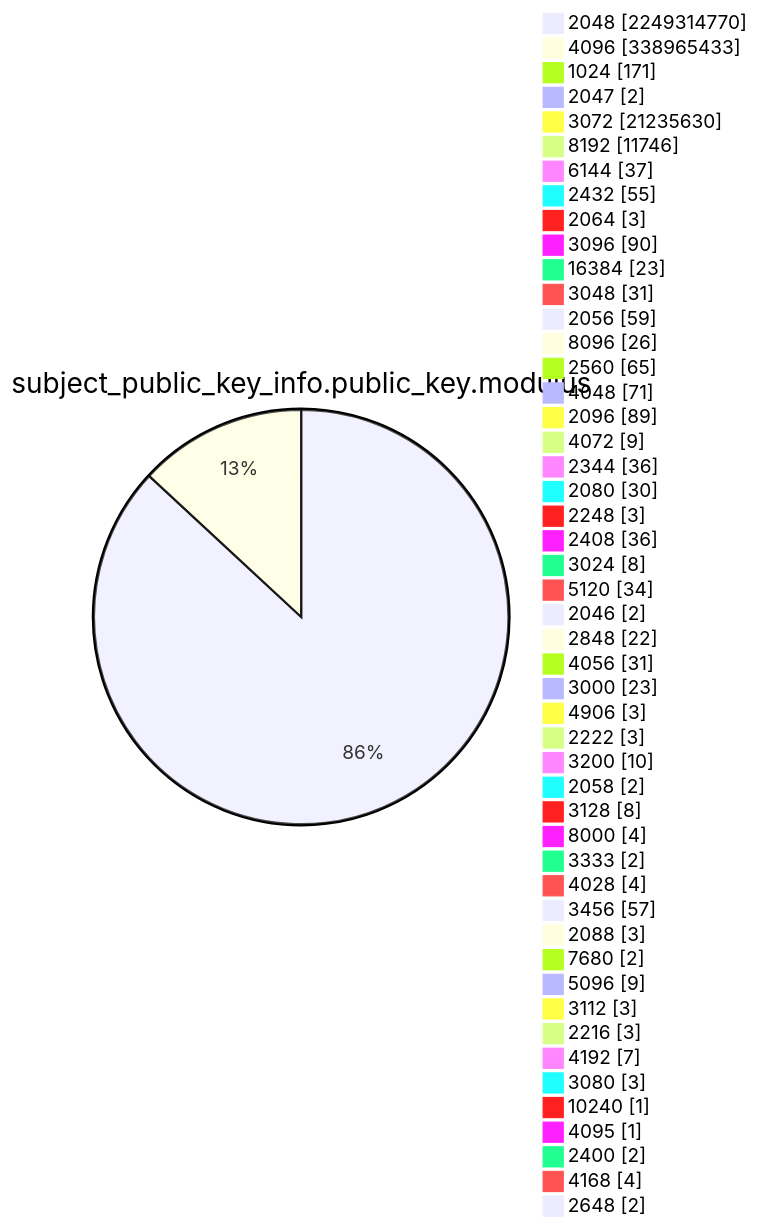
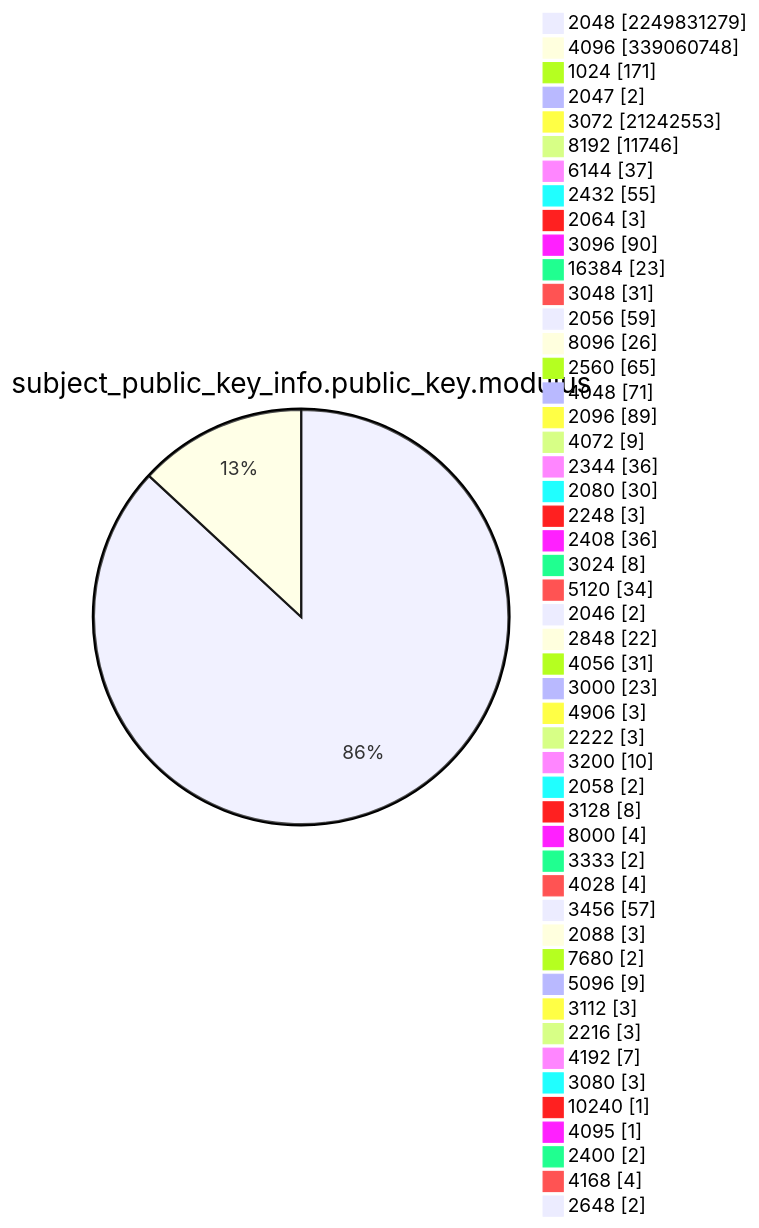
One commit to christiankrug/ctmonitor_visualization changed diagram 13 of 15 in TOTAL/README.md. Above: the diagram before and after it, drawn with Mermaid. The commit also changed other lines of this file, not shown here.

````diff
--- a/TOTAL/README.md
+++ b/TOTAL/README.md
@@ -4164,53 +4164,53 @@
 ```mermaid
 pie showData
 title subject_public_key_info.public_key.modulus
-"2048" :2249314770
-"4096" :338965433
+"2048" :2249831279
+"4096" :339060748
 "1024" :171
 "2047" :2
-"3072" :21235630
+"3072" :21242553
 "8192" :11746
 "6144" :37
 "2432" :55
 "2064" :3
 "3096" :90
 "16384" :23
 "3048" :31
 "2056" :59
 "8096" :26
 "2560" :65
 "4048" :71
 "2096" :89
 "4072" :9
 "2344" :36
 "2080" :30
 "2248" :3
 "2408" :36
 "3024" :8
 "5120" :34
 "2046" :2
 "2848" :22
 "4056" :31
 "3000" :23
 "4906" :3
 "2222" :3
 "3200" :10
 "2058" :2
 "3128" :8
 "8000" :4
 "3333" :2
 "4028" :4
 "3456" :57
 "2088" :3
 "7680" :2
 "5096" :9
 "3112" :3
 "2216" :3
 "4192" :7
 "3080" :3
 "10240" :1
 "4095" :1
 "2400" :2
 "4168" :4
 "2648" :2
 ```
````
